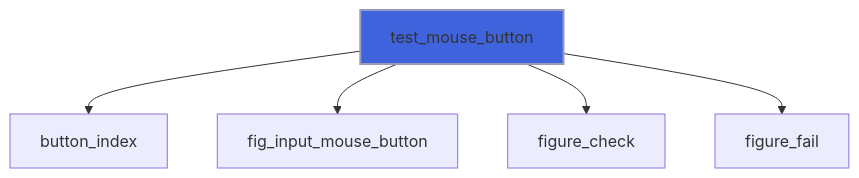
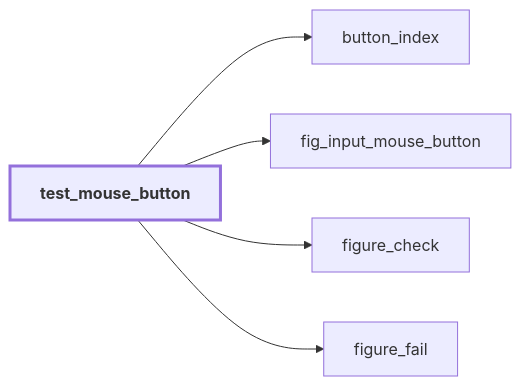
Before and after one commit to szaghi/figure: diagram 16 of 57 in docs/api/src/lib/figure_testing.md, drawn with Mermaid. The commit also changed other lines of this file and 54 other files, not shown here.

````diff
--- a/docs/api/src/lib/figure_testing.md
+++ b/docs/api/src/lib/figure_testing.md
@@ -495,8 +589,13 @@
 ```mermaid
-flowchart TD
+flowchart LR
   test_mouse_button["test_mouse_button"] --> button_index["button_index"]
   test_mouse_button["test_mouse_button"] --> fig_input_mouse_button["fig_input_mouse_button"]
   test_mouse_button["test_mouse_button"] --> figure_check["figure_check"]
   test_mouse_button["test_mouse_button"] --> figure_fail["figure_fail"]
-  style test_mouse_button fill:#3e63dd,stroke:#99b,stroke-width:2px
+  classDef focus stroke-width:3px,font-weight:bold
+  class test_mouse_button focus
+  click button_index href "#button-index" "button_index"
+  click figure_fail href "figure_base.html#figure-fail" "figure_fail"
+  click figure_check href "figure_base.html#figure-check" "figure_check"
+  click fig_input_mouse_button href "figure_c_native.html#fig-input-mouse-button" "fig_input_mouse_button"
 ```
````
